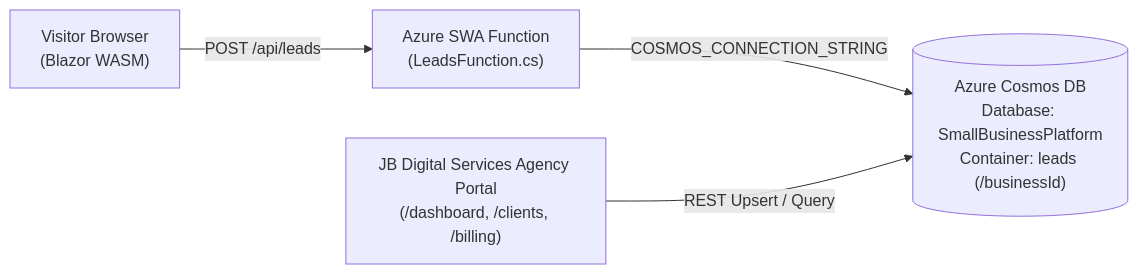
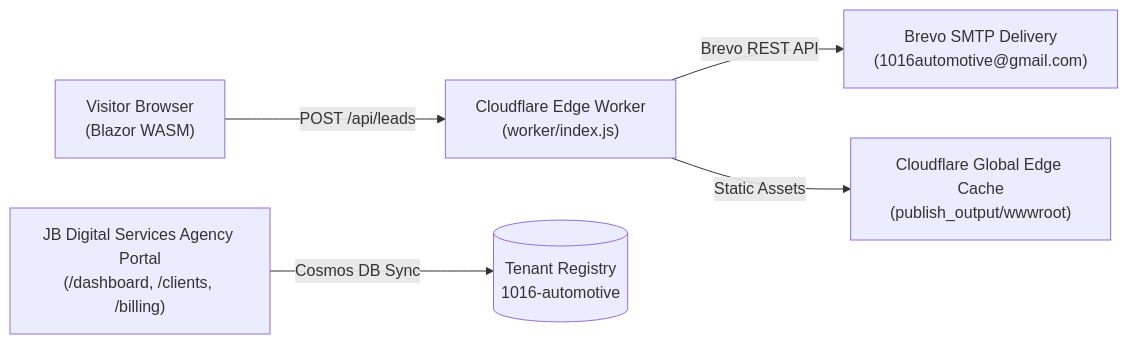
Before and after one commit to jasonpbarrera/1016Automotive: the diagram in README.md, drawn with Mermaid. The commit also changed other lines of this file and 8 other files, not shown here.

Commit message:
chore: clean up legacy Azure SWA workflow, Api project, and configuration

````diff
--- a/README.md
+++ b/README.md
@@ -56,6 +56,7 @@
 ```mermaid
 graph LR
-    Visitor["Visitor Browser\n(Blazor WASM)"] -->|"POST /api/leads"| Api["Azure SWA Function\n(LeadsFunction.cs)"]
-    Api -->|"COSMOS_CONNECTION_STRING"| Cosmos[("Azure Cosmos DB\nDatabase: SmallBusinessPlatform\nContainer: leads (/businessId)")]
-    AgencyPortal["JB Digital Services Agency Portal\n(/dashboard, /clients, /billing)"] -->|"REST Upsert / Query"| Cosmos
+    Visitor["Visitor Browser\n(Blazor WASM)"] -->|"POST /api/leads"| Worker["Cloudflare Edge Worker\n(worker/index.js)"]
+    Worker -->|"Brevo REST API"| Brevo["Brevo SMTP Delivery\n(1016automotive@gmail.com)"]
+    Worker -->|"Static Assets"| Edge["Cloudflare Global Edge Cache\n(publish_output/wwwroot)"]
+    AgencyPortal["JB Digital Services Agency Portal\n(/dashboard, /clients, /billing)"] -->|"Cosmos DB Sync"| Record[("Tenant Registry\n1016-automotive")]
 ```
````
